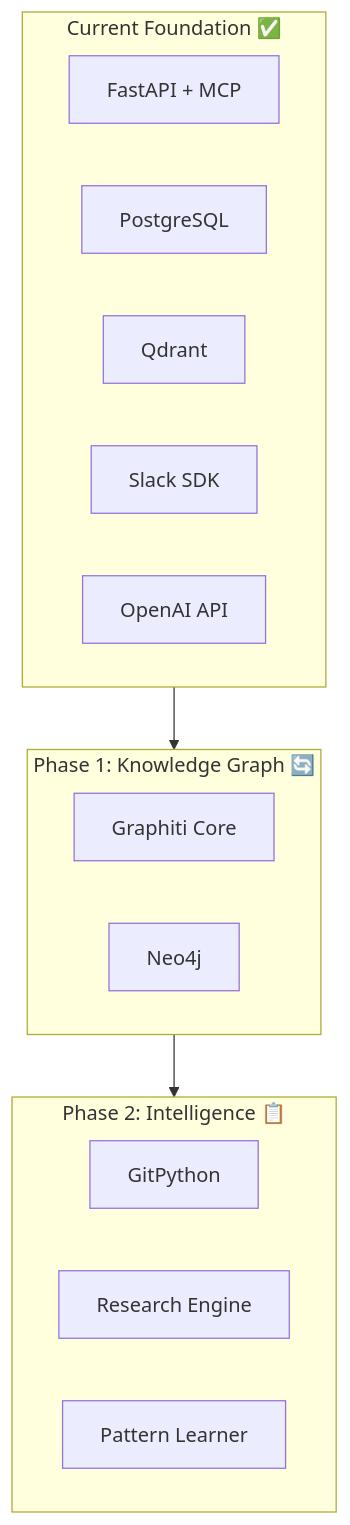
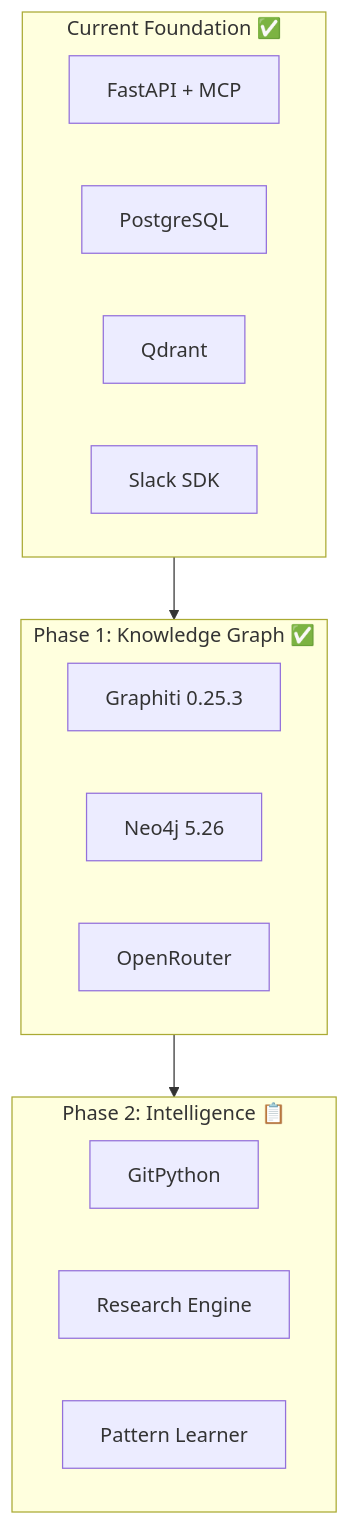
One commit to zad0xlik/sigma-evolve changed the first of 7 diagrams in memory-bank/techContext.md. Above: the diagram before and after it, drawn with Mermaid. The commit also changed other lines of this file and 17 other files, not shown here.

````diff
--- a/memory-bank/techContext.md
+++ b/memory-bank/techContext.md
@@ -5,23 +5,23 @@
 ```mermaid
 flowchart TB
     subgraph Current["Current Foundation ✅"]
         FAST[FastAPI + MCP]
         PG[PostgreSQL]
         QD[Qdrant]
         SLACK[Slack SDK]
-        OPENAI[OpenAI API]
     end
     
-    subgraph Adding["Phase 1: Knowledge Graph 🔄"]
-        GRAPHITI[Graphiti Core]
-        NEO[Neo4j]
+    subgraph Phase1["Phase 1: Knowledge Graph ✅"]
+        GRAPHITI[Graphiti 0.25.3]
+        NEO[Neo4j 5.26]
+        OR[OpenRouter]
     end
     
     subgraph Future["Phase 2: Intelligence 📋"]
         GIT[GitPython]
         RESEARCH[Research Engine]
         PATTERN[Pattern Learner]
     end
     
-    Current --> Adding --> Future
+    Current --> Phase1 --> Future
 ```
````
